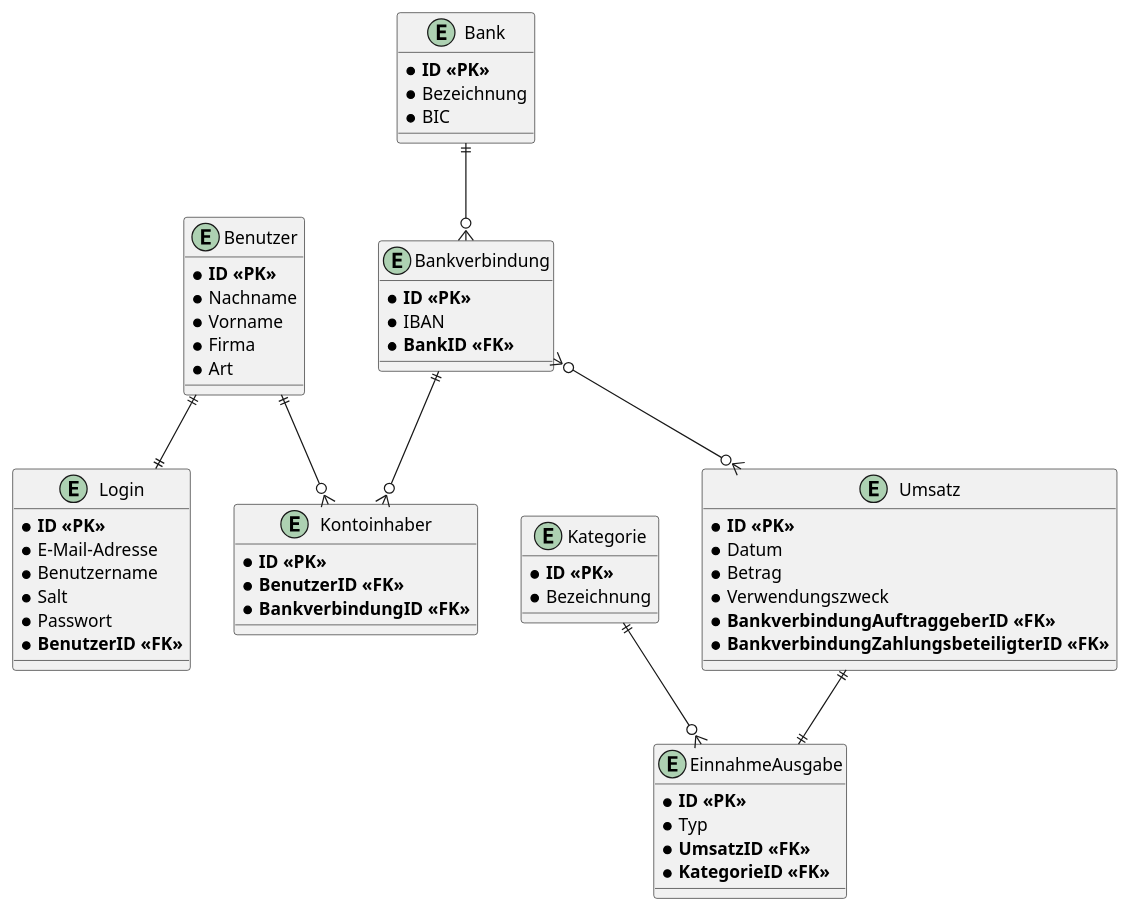
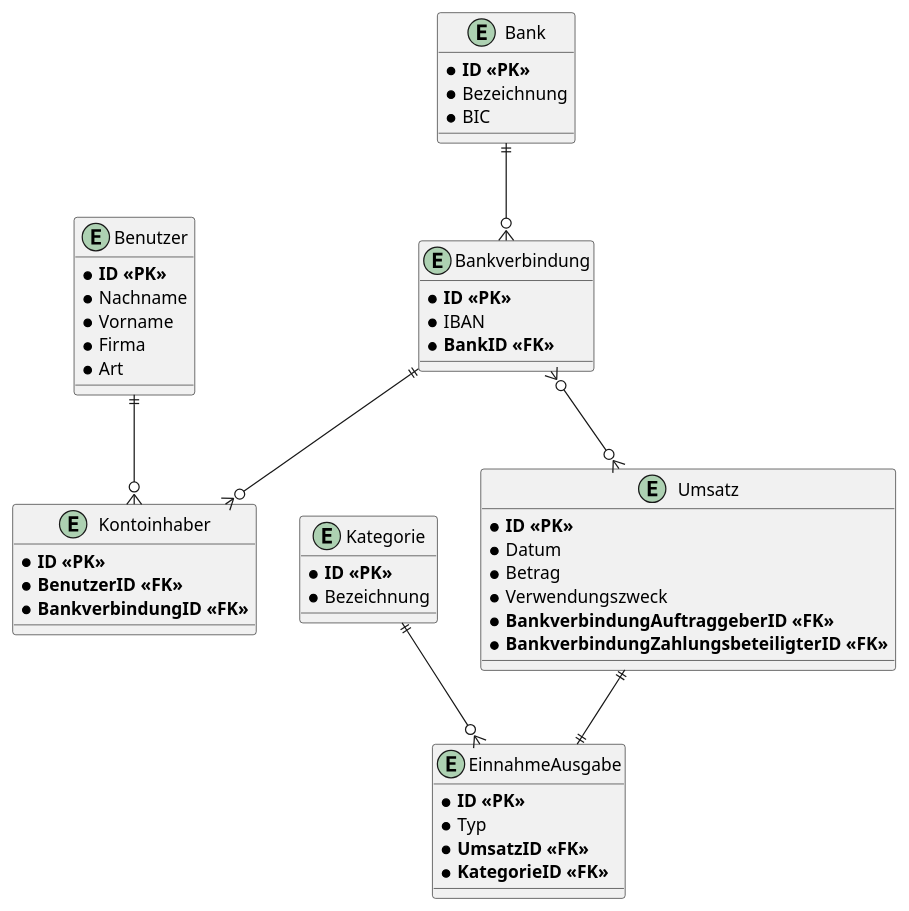
One commit to justinhada/StatementOfQosts changed the diagram in designs/NewERM.puml. Above: the diagram before and after it, drawn with PlantUML. The commit also changed 38 other files, not shown here.

```diff
--- a/designs/NewERM.puml
+++ b/designs/NewERM.puml
@@ -1,73 +1,62 @@
 @startuml
 entity Benutzer
 {
     * **ID <<PK>>**
     * Nachname
     * Vorname
     * Firma
     * Art
-}
-
-entity Login
-{
-    * **ID <<PK>>**
-    * E-Mail-Adresse
-    * Benutzername
-    * Salt
-    * Passwort
-    * **BenutzerID <<FK>>**
 }
 
 entity Bank
 {
     * **ID <<PK>>**
     * Bezeichnung
     * BIC
 }
 
 entity Kontoinhaber
 {
     * **ID <<PK>>**
     * **BenutzerID <<FK>>**
     * **BankverbindungID <<FK>>**
 }
 
 entity Bankverbindung
 {
     * **ID <<PK>>**
     * IBAN
     * **BankID <<FK>>**
 }
 
 entity Umsatz
 {
     * **ID <<PK>>**
     * Datum
     * Betrag
     * Verwendungszweck
     * **BankverbindungAuftraggeberID <<FK>>**
     * **BankverbindungZahlungsbeteiligterID <<FK>>**
 }
 
 entity EinnahmeAusgabe
 {
     * **ID <<PK>>**
     * Typ
     * **UmsatzID <<FK>>**
     * **KategorieID <<FK>>**
 }
 
 entity Kategorie
 {
     * **ID <<PK>>**
     * Bezeichnung
 }
 
-Benutzer ||--|| Login
 Benutzer ||--o{ Kontoinhaber
 Bankverbindung ||--o{ Kontoinhaber
 Bank ||--o{ Bankverbindung
 Bankverbindung }o--o{ Umsatz
 Kategorie ||--o{ EinnahmeAusgabe
 Umsatz ||--|| EinnahmeAusgabe
 @enduml
```
